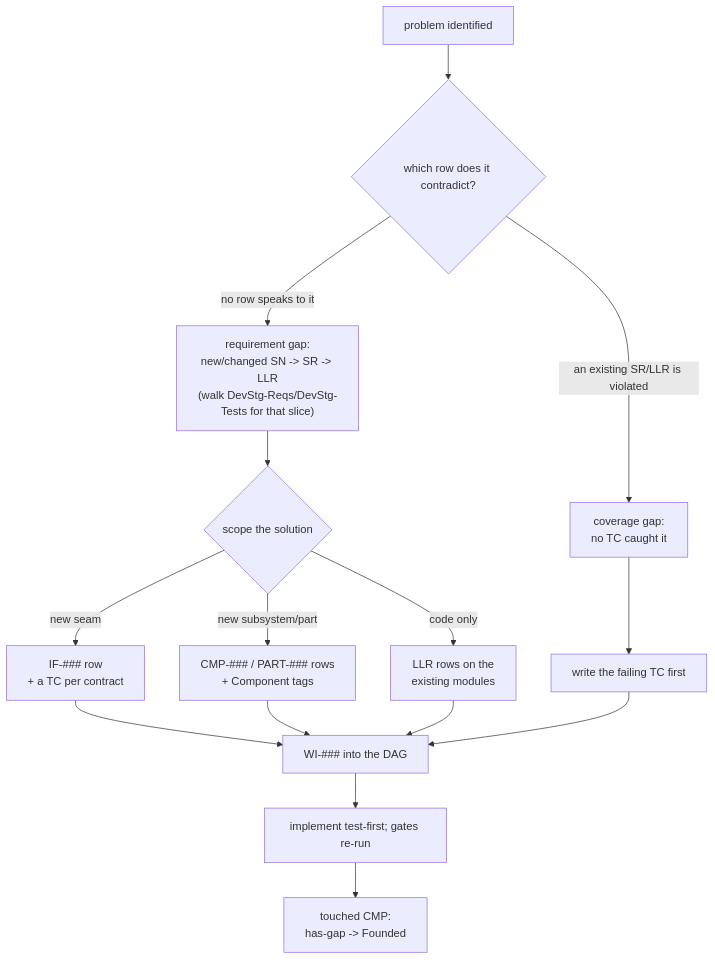
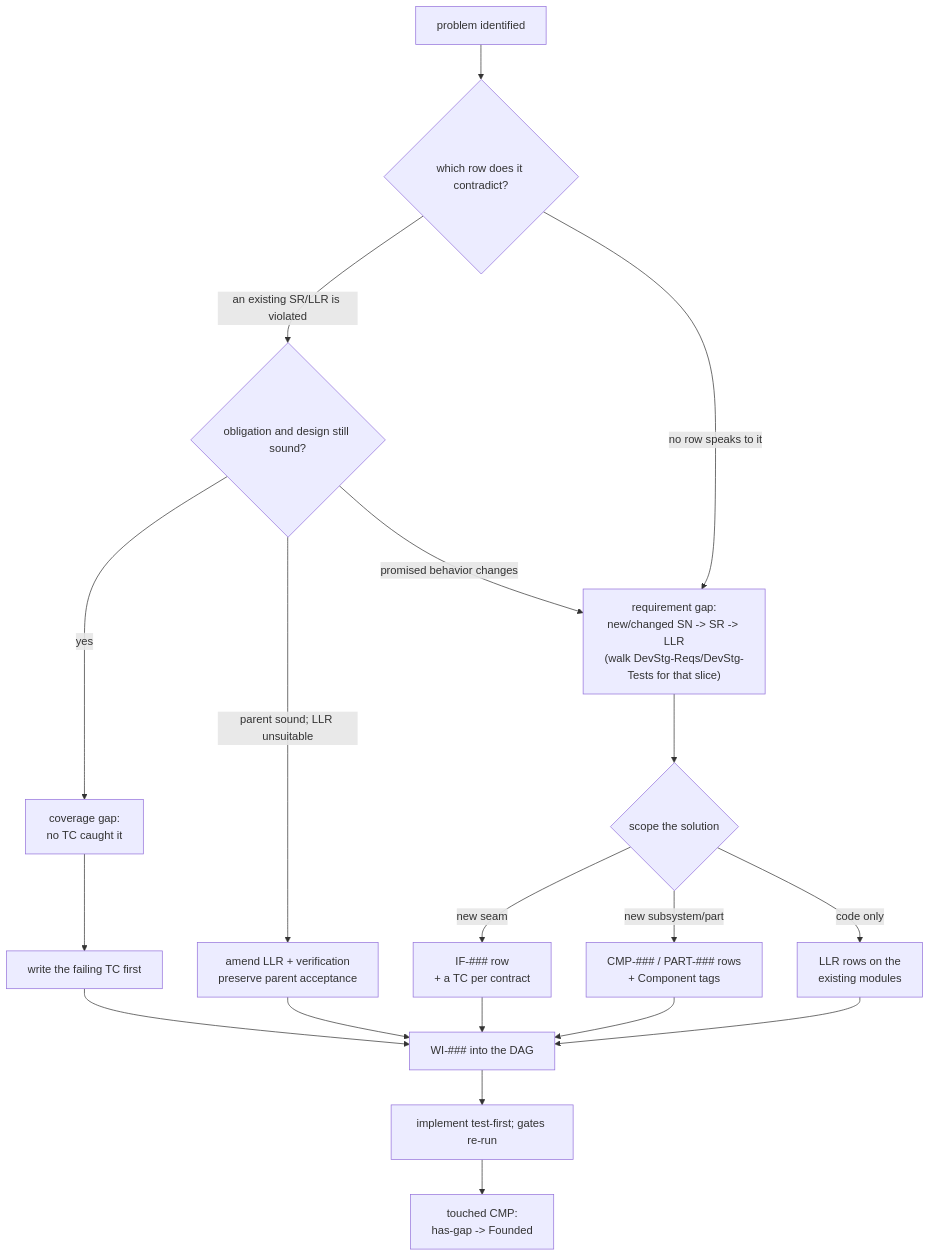
One commit to diytechy/ai-template changed the diagram in project-trajectory/PROCESS.md. Above: the diagram before and after it, drawn with Mermaid. The commit also changed other lines of this file and 81 other files, not shown here.

````diff
--- a/project-trajectory/PROCESS.md
+++ b/project-trajectory/PROCESS.md
@@ -866,17 +867,21 @@
 ```mermaid
 flowchart TD
   P["problem identified"] --> C{"which row does it contradict?"}
-  C -->|"an existing SR/LLR is violated"| TG["coverage gap:\nno TC caught it"]
+  C -->|"an existing SR/LLR is violated"| D{"obligation and design still sound?"}
+  D -->|"yes"| TG["coverage gap:\nno TC caught it"]
+  D -->|"parent sound; LLR unsuitable"| DR["amend LLR + verification\npreserve parent acceptance"]
+  D -->|"promised behavior changes"| RG
   C -->|"no row speaks to it"| RG["requirement gap:\nnew/changed SN -> SR -> LLR\n(walk DevStg-Reqs/DevStg-Tests for that slice)"]
   TG --> T1["write the failing TC first"]
   RG --> S{"scope the solution"}
   S -->|"new seam"| I2["IF-### row\n+ a TC per contract"]
   S -->|"new subsystem/part"| C2["CMP-### / PART-### rows\n+ Component tags"]
   S -->|"code only"| L2["LLR rows on the\nexisting modules"]
   I2 --> W["WI-### into the DAG"]
   C2 --> W
   L2 --> W
   T1 --> W
+  DR --> W
   W --> G["implement test-first; gates re-run"]
   G --> V["touched CMP:\nhas-gap -> Founded"]
 ```
````
